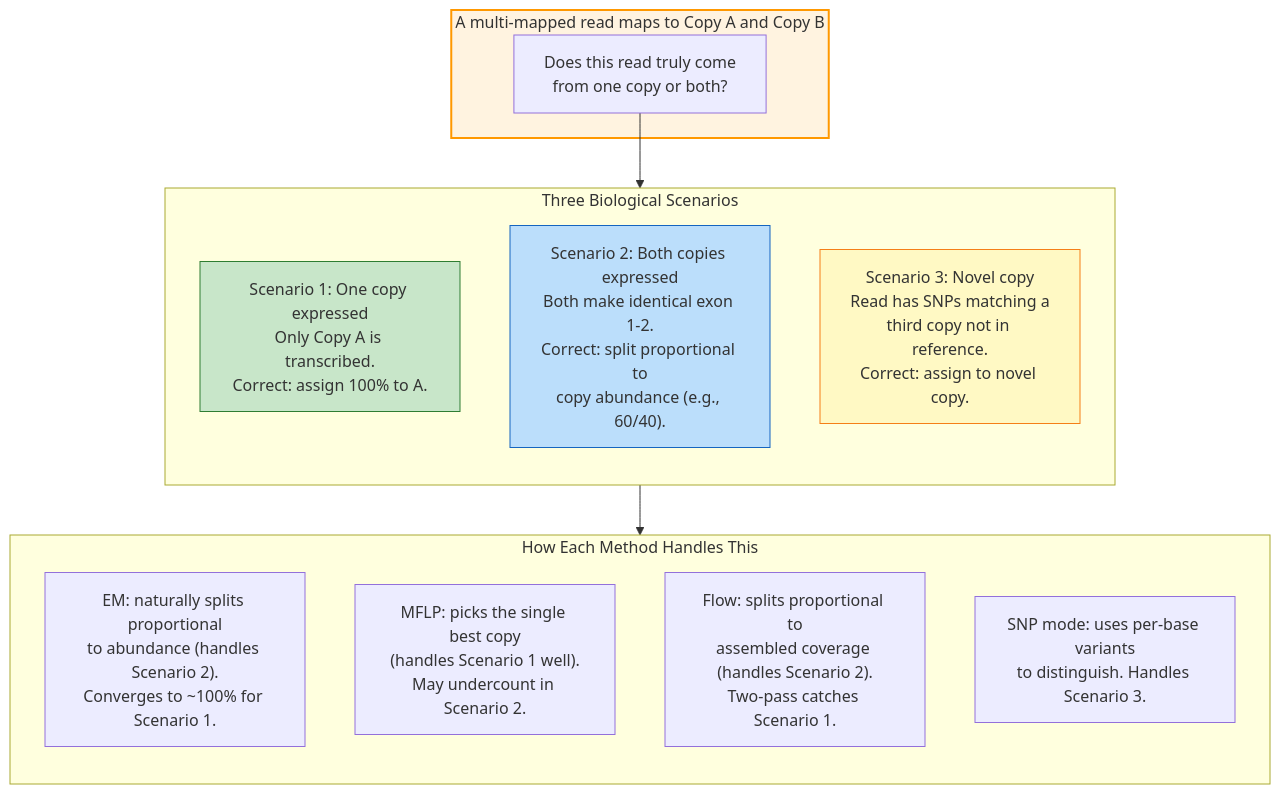
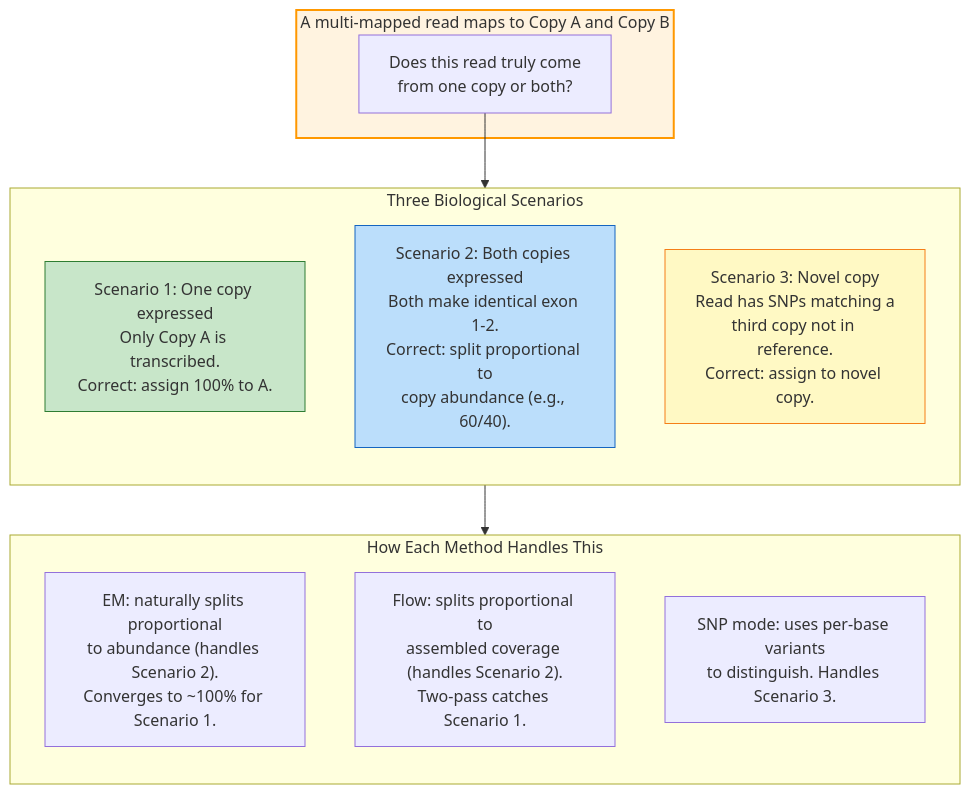
Before and after one commit to juanfraitu1/Rustle: the fourth of 5 diagrams in README.md, drawn with Mermaid. The commit also changed other lines of this file and 11 other files, not shown here.

````diff
--- a/README.md
+++ b/README.md
@@ -297,32 +296,31 @@
 ```mermaid
 flowchart TD
     subgraph QUESTION["A multi-mapped read maps to Copy A and Copy B"]
         Q["Does this read truly come\nfrom one copy or both?"]
     end
 
     subgraph SCENARIOS["Three Biological Scenarios"]
         direction TB
 
         S1["Scenario 1: One copy expressed\nOnly Copy A is transcribed.\nCorrect: assign 100% to A."]
 
         S2["Scenario 2: Both copies expressed\nBoth make identical exon 1-2.\nCorrect: split proportional to\ncopy abundance (e.g., 60/40)."]
 
         S3["Scenario 3: Novel copy\nRead has SNPs matching a\nthird copy not in reference.\nCorrect: assign to novel copy."]
     end
 
     subgraph METHODS["How Each Method Handles This"]
         direction TB
         ME["EM: naturally splits proportional\nto abundance (handles Scenario 2).\nConverges to ~100% for Scenario 1."]
-        MM["MFLP: picks the single best copy\n(handles Scenario 1 well).\nMay undercount in Scenario 2."]
         MF["Flow: splits proportional to\nassembled coverage (handles Scenario 2).\nTwo-pass catches Scenario 1."]
         MS["SNP mode: uses per-base variants\nto distinguish. Handles Scenario 3."]
     end
 
     Q --> SCENARIOS
     SCENARIOS --> METHODS
 
     style QUESTION fill:#fff3e0,stroke:#FF9800,stroke-width:2px
     style S1 fill:#c8e6c9,stroke:#2E7D32
     style S2 fill:#bbdefb,stroke:#1565C0
     style S3 fill:#fff9c4,stroke:#F57F17
 ```
````
